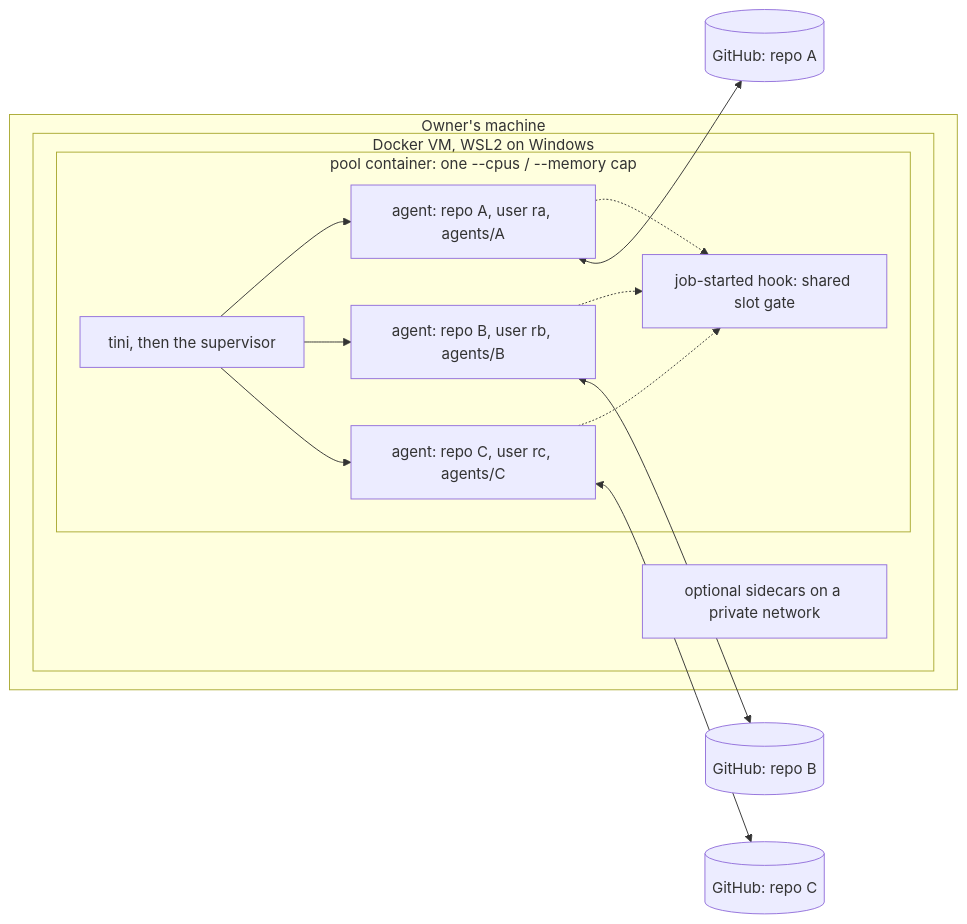
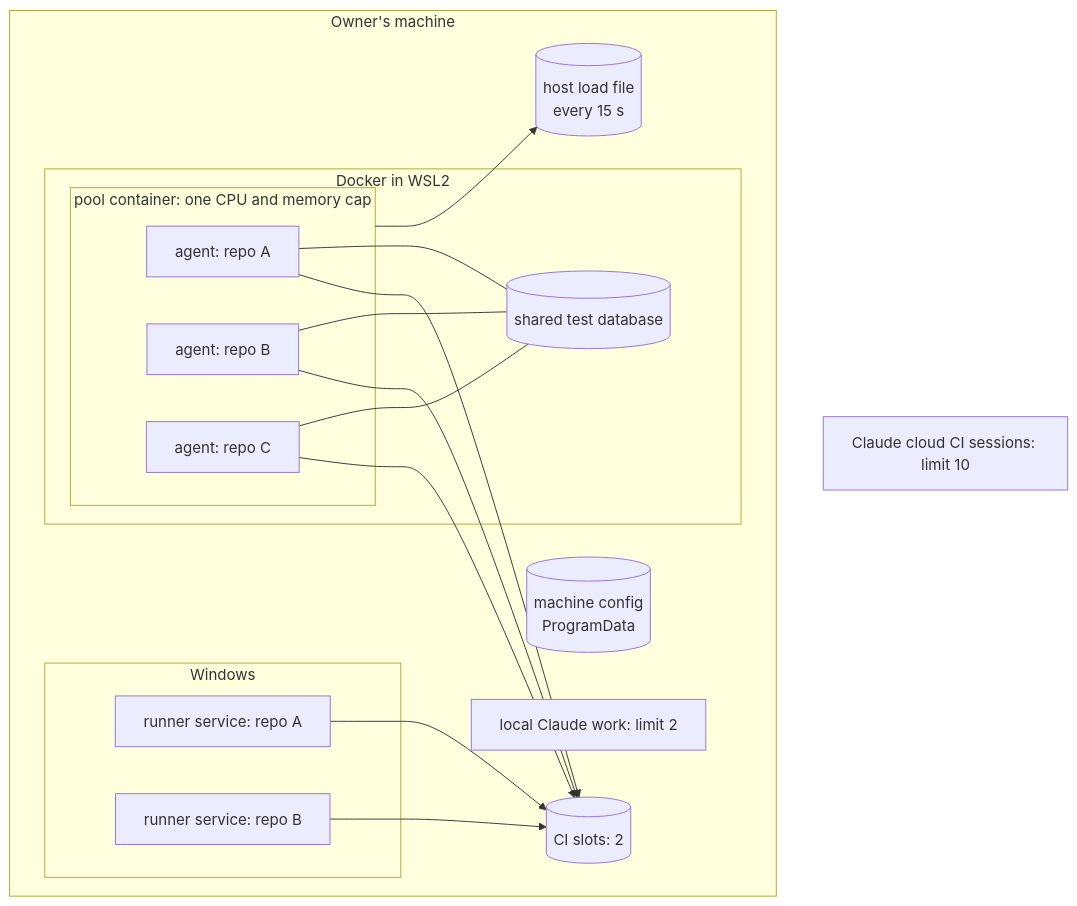
The first of 2 diagrams in docs/features/delivery/shared-self-hosted-runners.md (luis-mc/dev-standards), drawn with Mermaid before and after one commit. The commit also changed other lines of this file and 3 other files, not shown here.

Commit message:
DL28: rewrite PR #140 into one combined design (machine CI queue + Linux runner pool), decisions D21-D47; drop MB63 work folder

````diff
--- a/docs/features/delivery/shared-self-hosted-runners.md
+++ b/docs/features/delivery/shared-self-hosted-runners.md
@@ -34,21 +30,25 @@
 ```mermaid
-flowchart LR
-  subgraph host[Owner's machine]
-    subgraph vm[Docker VM, WSL2 on Windows]
-      subgraph pool[pool container: one --cpus / --memory cap]
-        sup[tini, then the supervisor]
-        sup --> a1[agent: repo A, user ra, agents/A]
-        sup --> a2[agent: repo B, user rb, agents/B]
-        sup --> a3[agent: repo C, user rc, agents/C]
-        gate[job-started hook: shared slot gate]
-        a1 -.-> gate
-        a2 -.-> gate
-        a3 -.-> gate
+flowchart TB
+  subgraph pc[Owner's machine]
+    cfg[(machine config<br/>ProgramData)]
+    slots[(CI slots: 2)]
+    hostload[(host load file<br/>every 15 s)]
+    subgraph win[Windows]
+      w1[runner service: repo A]
+      w2[runner service: repo B]
+    end
+    subgraph vm[Docker in WSL2]
+      subgraph pool[pool container: one CPU and memory cap]
+        a1[agent: repo A]
+        a2[agent: repo B]
+        a3[agent: repo C]
       end
-      side[optional sidecars on a private network]
+      db[(shared test database)]
     end
+    local[local Claude work: limit 2]
   end
-  a1 <--> gh[(GitHub: repo A)]
-  a2 <--> gh2[(GitHub: repo B)]
-  a3 <--> gh3[(GitHub: repo C)]
+  cloud[Claude cloud CI sessions: limit 10]
+  w1 & w2 & a1 & a2 & a3 --> slots
+  pool --> hostload
+  a1 & a2 & a3 --- db
 ```
````
